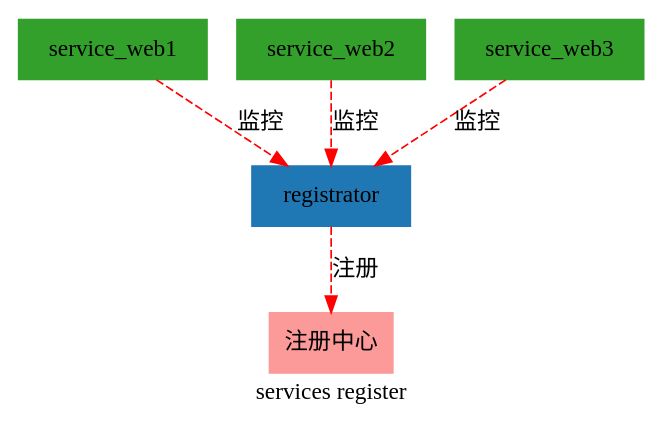
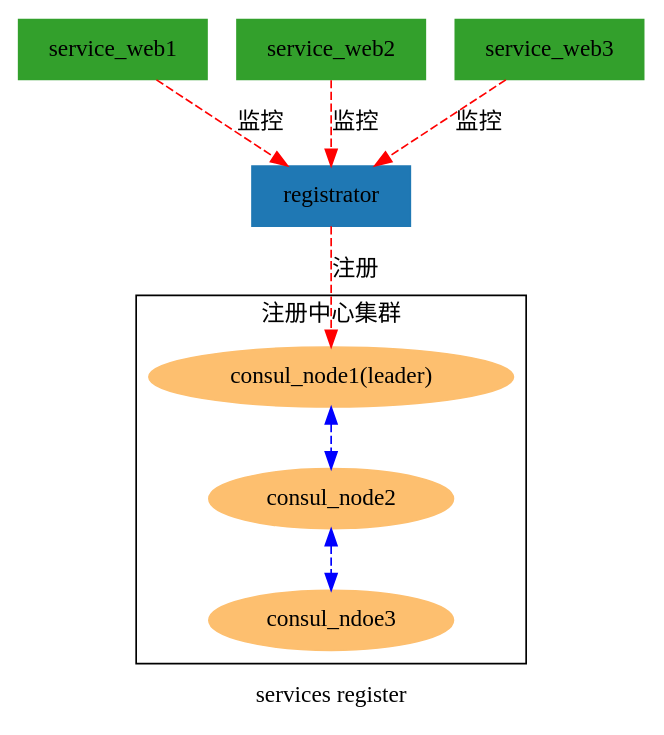
One commit to chenchunyong/blog changed the diagram in images/serviceRegister.dot. Above: the diagram before and after it, drawn with Graphviz. The commit also changed 3 other files, not shown here.

```diff
--- a/images/serviceRegister.dot
+++ b/images/serviceRegister.dot
@@ -1,12 +1,22 @@
 digraph G {
     size="6,6";
     label="services register"
     node [colorscheme=paired12, color=1, style=filled];
     registrator[label="registrator", color=2, shape="record"]
     service1[label="service_web1", color=4, shape="record"]
     service2[label="service_web2", color=4, shape="record"]
     service3[label="service_web3", color=4, shape="record"]
-    register_center[label="注册中心", color=5, shape="record"]
+    // register_center[label="注册中心", color=5, shape="record"]
+    consul_node1[label="consul_node1(leader)", color=7]
+    consul_node2[label="consul_node2", color=7]
+    consul_node3[label="consul_ndoe3", color=7]
     {service1 service2 service3} -> registrator [label="监控",color="red",style="dashed"]
-    registrator->register_center[label="注册",color="red",style="dashed"]
+    registrator->consul_node1[label="注册",color="red",style="dashed"]
+    consul_node1 -> consul_node2 -> consul_node3 [dir=both style=dashed color=blue]
+    subgraph cluster_clu {
+        label="注册中心集群"
+        consul_node1
+        consul_node2
+        consul_node3
+    }
 }
```
